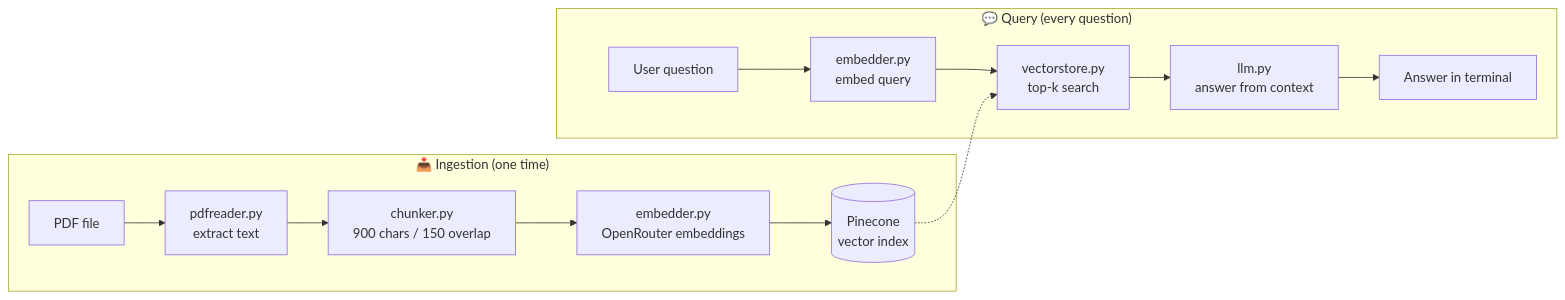
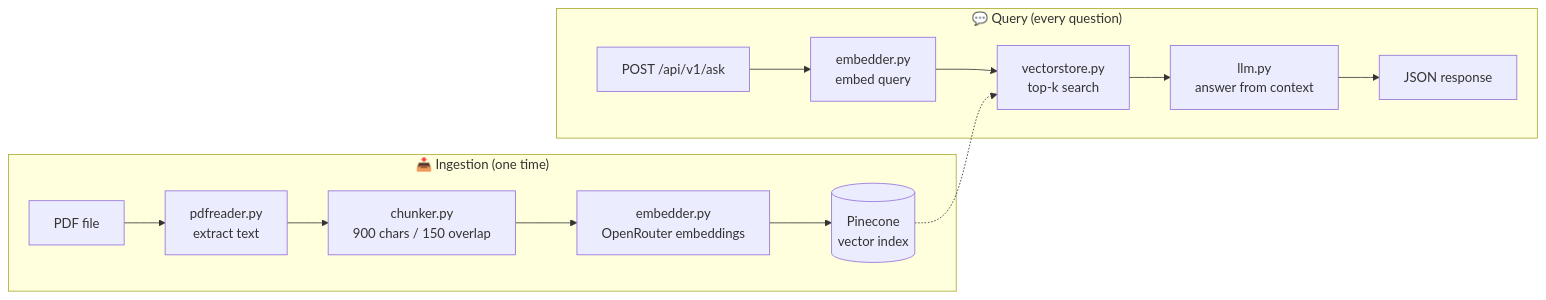
Before and after one commit to Theeran05/RAG_chatbot: the diagram in README.md, drawn with Mermaid. The commit also changed other lines of this file and 3 other files, not shown here.

````diff
--- a/README.md
+++ b/README.md
@@ -58,17 +61,17 @@
 ```mermaid
 flowchart LR
     subgraph Ingestion["📥 Ingestion (one time)"]
         A[PDF file] --> B[pdfreader.py<br/>extract text]
         B --> C[chunker.py<br/>900 chars / 150 overlap]
         C --> D[embedder.py<br/>OpenRouter embeddings]
         D --> E[(Pinecone<br/>vector index)]
     end
 
     subgraph Query["💬 Query (every question)"]
-        Q[User question] --> QE[embedder.py<br/>embed query]
+        Q[POST /api/v1/ask] --> QE[embedder.py<br/>embed query]
         QE --> S[vectorstore.py<br/>top-k search]
         E -.-> S
         S --> L[llm.py<br/>answer from context]
-        L --> R[Answer in terminal]
+        L --> R[JSON response]
     end
 ```
````
